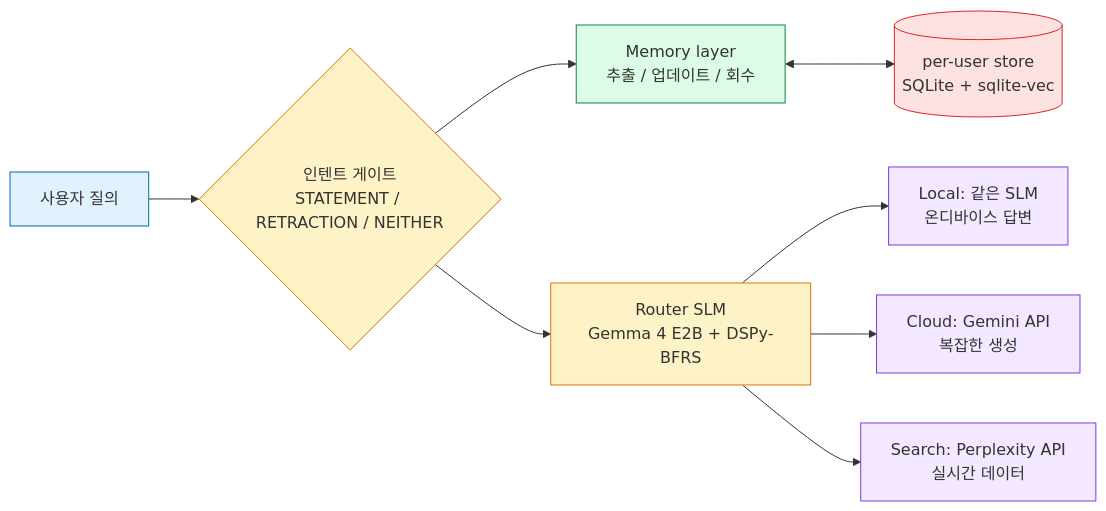
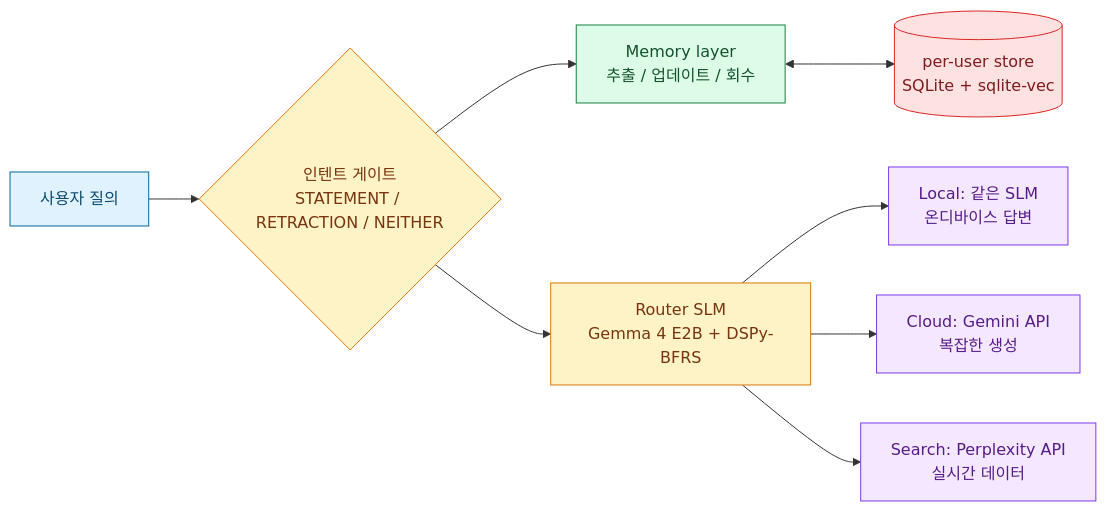
The diagram in README.md (k1064190/Multi-Agent-Project), drawn with Mermaid before and after one commit.

Commit message:
fix(readme): classDef color so mermaid labels readable on GitHub dark mode
Root cause: classDef declarations specified fill + stroke only, no
text color. GitHub renders mermaid with the page theme's default text
color — white in dark mode — and the fills are pastel-light
(e0f2fe / fef3c7 / dcfce7 / f3e8ff / fee2e2). Result: boxes visible,
labels invisible (white-on-pastel ≈ no contrast).

Fix: append a dark-hue color per classDef matching the fill's color
family (sky-900, amber-900, green-900, purple-900, red-900 from
Tailwind palette). Light-mode contrast was already fine; this only
restores dark-mode contrast.

````diff
--- a/README.md
+++ b/README.md
@@ -29,25 +29,25 @@
 ```mermaid
 flowchart LR
     user[사용자 질의]:::user
     intent{인텐트 게이트<br/>STATEMENT / RETRACTION / NEITHER}:::dec
     router[Router SLM<br/>Gemma 4 E2B + DSPy-BFRS]:::dec
     mem[Memory layer<br/>추출 / 업데이트 / 회수]:::mem
     local[Local: 같은 SLM<br/>온디바이스 답변]:::be
     cloud[Cloud: Gemini API<br/>복잡한 생성]:::be
     search[Search: Perplexity API<br/>실시간 데이터]:::be
     store[(per-user store<br/>SQLite + sqlite-vec)]:::store
 
     user --> intent
     intent --> mem
     intent --> router
     mem <--> store
     router --> local
     router --> cloud
     router --> search
 
-    classDef user fill:#e0f2fe,stroke:#0369a1
-    classDef dec fill:#fef3c7,stroke:#d97706
-    classDef mem fill:#dcfce7,stroke:#15803d
-    classDef be fill:#f3e8ff,stroke:#7c3aed
-    classDef store fill:#fee2e2,stroke:#dc2626
+    classDef user fill:#e0f2fe,stroke:#0369a1,color:#0c4a6e
+    classDef dec fill:#fef3c7,stroke:#d97706,color:#78350f
+    classDef mem fill:#dcfce7,stroke:#15803d,color:#14532d
+    classDef be fill:#f3e8ff,stroke:#7c3aed,color:#581c87
+    classDef store fill:#fee2e2,stroke:#dc2626,color:#7f1d1d
 ```
````
